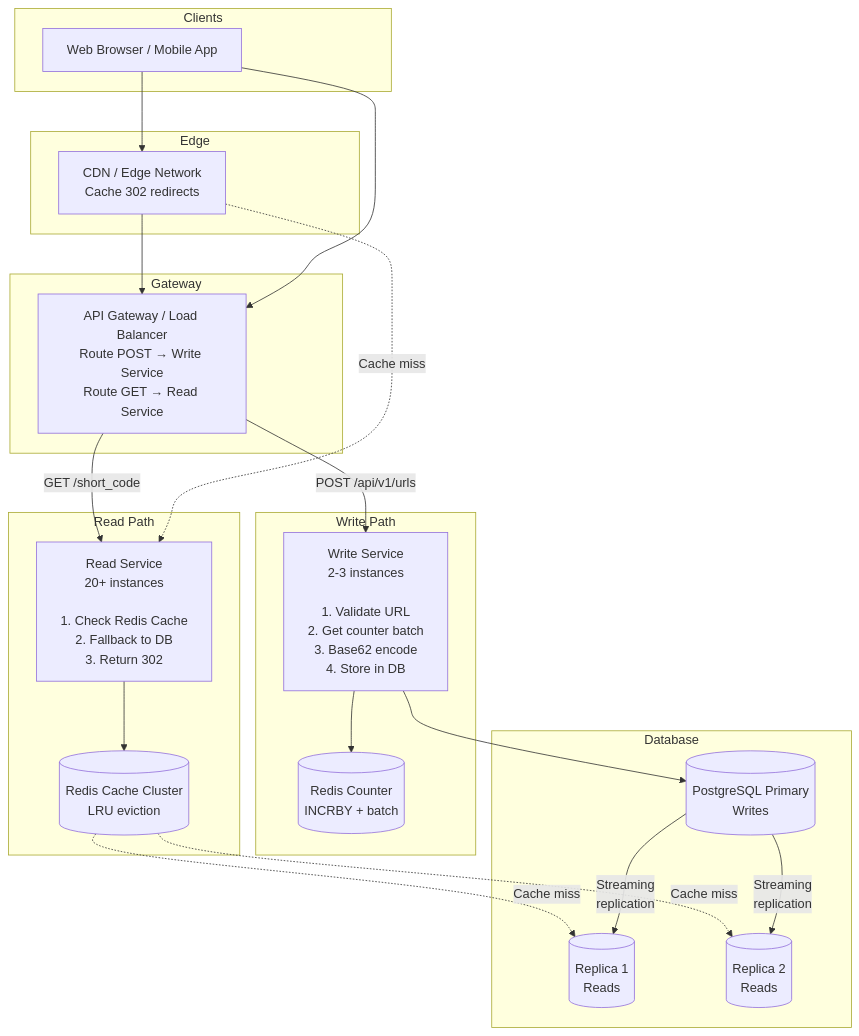
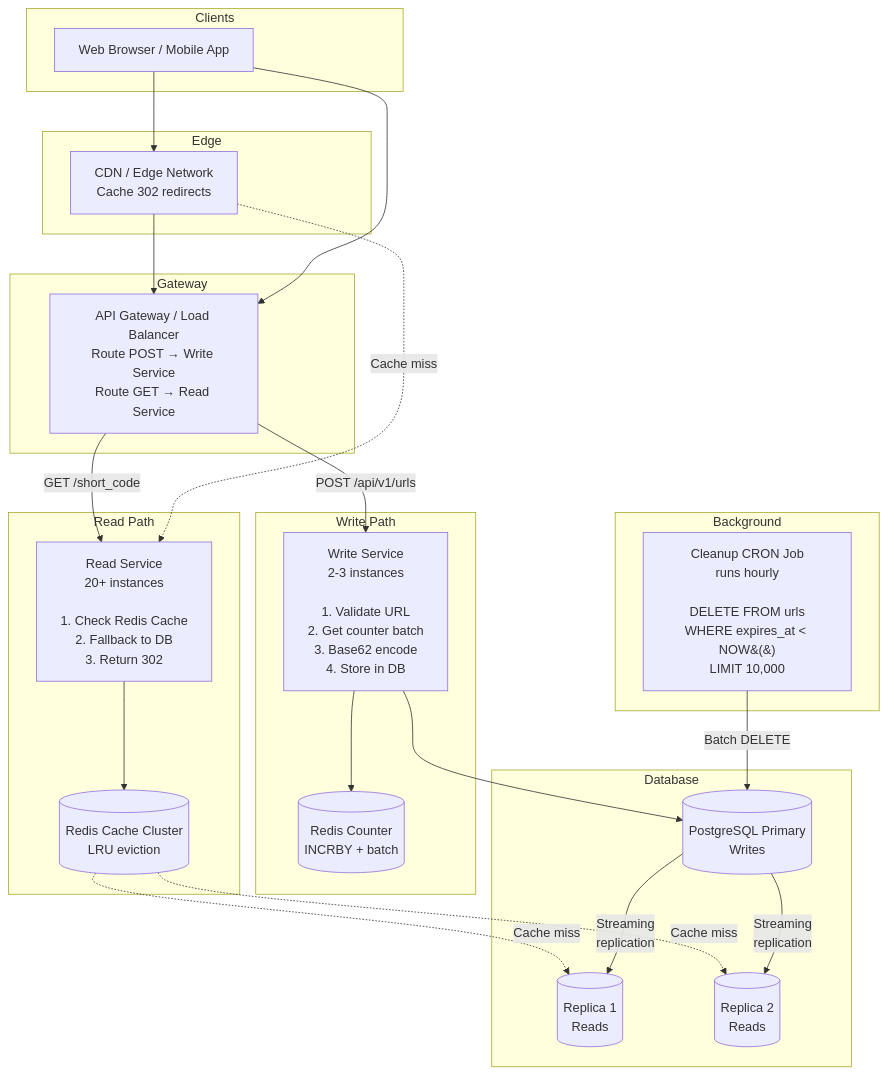
Before and after one commit to vipi-n/swe-101: the ninth of 9 diagrams in hld/url_shortener.md, drawn with Mermaid. The commit also changed other lines of this file, not shown here.

````diff
--- a/hld/url_shortener.md
+++ b/hld/url_shortener.md
@@ -2032,47 +2044,52 @@
 ```mermaid
 flowchart TD
     subgraph Clients
         Browser[Web Browser / Mobile App]
     end
 
     subgraph Edge
         CDN[CDN / Edge Network<br/>Cache 302 redirects]
     end
 
     subgraph Gateway
         LB[API Gateway / Load Balancer<br/>Route POST → Write Service<br/>Route GET → Read Service]
     end
 
     subgraph Write Path
         WS[Write Service<br/>2-3 instances<br/><br/>1. Validate URL<br/>2. Get counter batch<br/>3. Base62 encode<br/>4. Store in DB]
         RedisCounter[(Redis Counter<br/>INCRBY + batch)]
     end
 
     subgraph Read Path
         RS[Read Service<br/>20+ instances<br/><br/>1. Check Redis Cache<br/>2. Fallback to DB<br/>3. Return 302]
         RedisCache[(Redis Cache Cluster<br/>LRU eviction)]
     end
 
     subgraph Database
         PG_Primary[(PostgreSQL Primary<br/>Writes)]
         PG_R1[(Replica 1<br/>Reads)]
         PG_R2[(Replica 2<br/>Reads)]
     end
 
+    subgraph Background
+        Cron[Cleanup CRON Job<br/>runs hourly<br/><br/>DELETE FROM urls<br/>WHERE expires_at &lt; NOW&#40;&#41;<br/>LIMIT 10,000]
+    end
+
     Browser --> CDN
     CDN --> LB
     Browser --> LB
 
     LB -->|POST /api/v1/urls| WS
     LB -->|GET /short_code| RS
 
     WS --> RedisCounter
     WS --> PG_Primary
 
     RS --> RedisCache
     RedisCache -.->|Cache miss| PG_R1 & PG_R2
 
     PG_Primary -->|Streaming<br/>replication| PG_R1 & PG_R2
+    Cron -->|Batch DELETE| PG_Primary
 
     CDN -.->|Cache miss| RS
 ```
````
